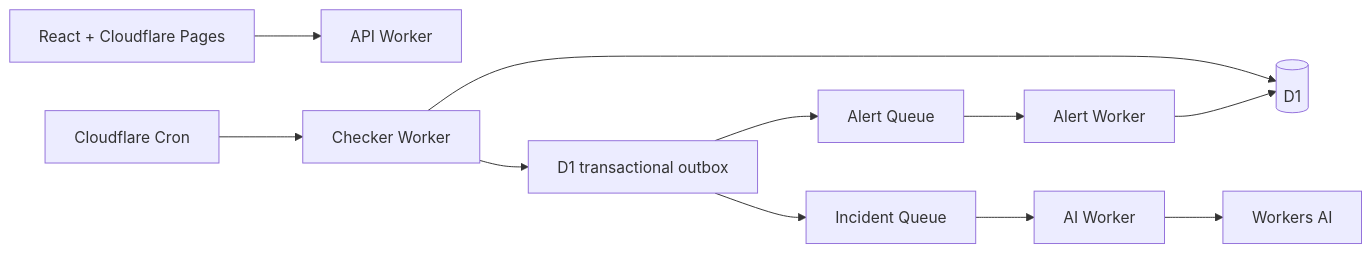
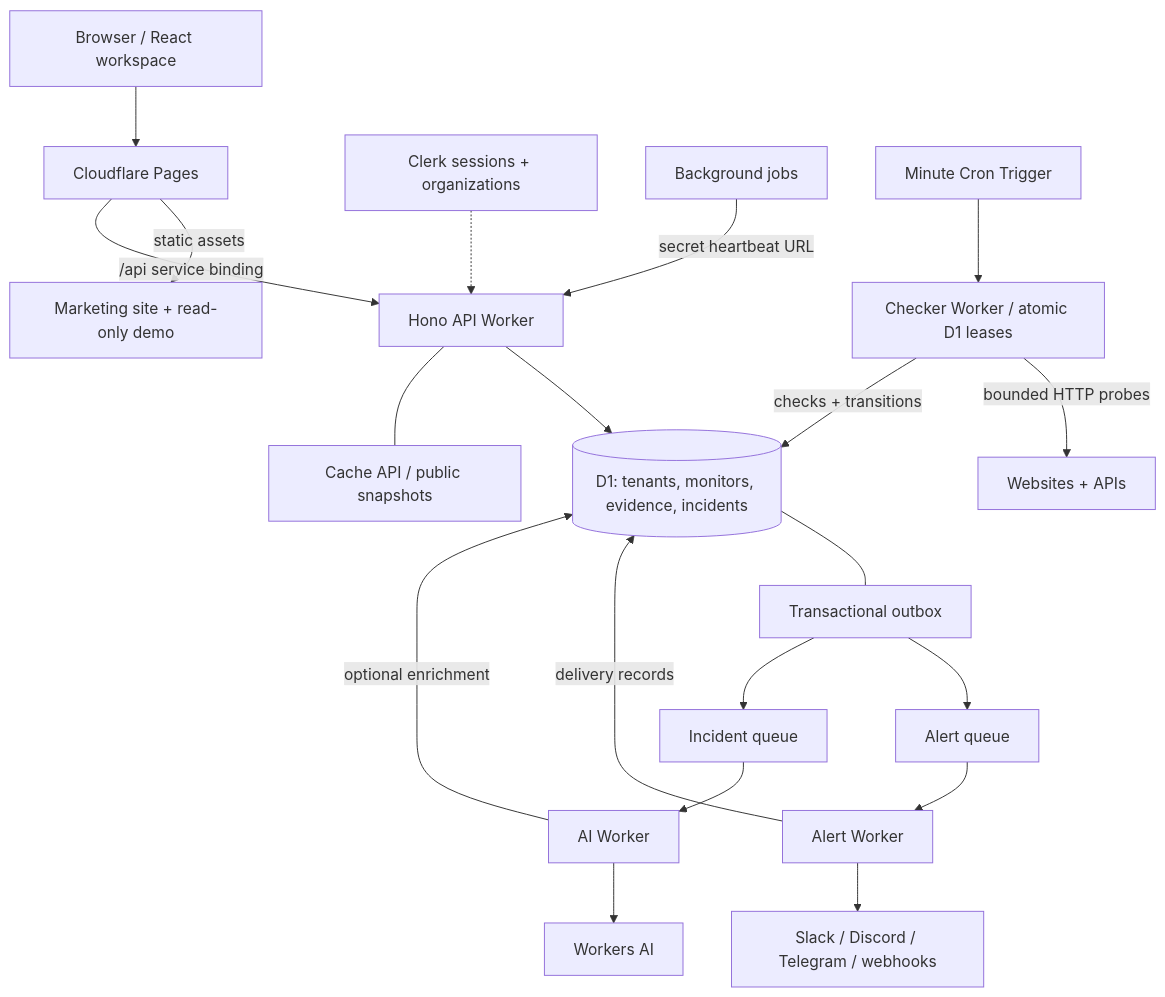
One commit to DebadityaHait/pulseflare changed the diagram in README.md. Above: the diagram before and after it, drawn with Mermaid. The commit also changed other lines of this file and 10 other files, not shown here.

Commit message:
Showcase Pulseflare with live screenshots and Cloudflare architecture documentation

````diff
--- a/README.md
+++ b/README.md
@@ -52,13 +37,22 @@
 ```mermaid
-flowchart LR
-  Pages[React + Cloudflare Pages] --> API[API Worker]
-  Cron[Cloudflare Cron] --> Checker[Checker Worker]
-  Checker --> D1[(D1)]
-  Checker --> Outbox[D1 transactional outbox]
-  Outbox --> IQ[Incident Queue]
-  Outbox --> AQ[Alert Queue]
-  IQ --> AI[AI Worker]
-  AI --> WAI[Workers AI]
-  AQ --> Alert[Alert Worker]
-  Alert --> D1
+flowchart TB
+  Browser["Browser / React workspace"] --> Pages["Cloudflare Pages"]
+  Pages -->|"static assets"| Static["Marketing site + read-only demo"]
+  Pages -->|"/api service binding"| API["Hono API Worker"]
+  Clerk["Clerk sessions + organizations"] -.-> API
+  Jobs["Background jobs"] -->|"secret heartbeat URL"| API
+  API --> D1[("D1: tenants, monitors, evidence, incidents")]
+  Cron["Minute Cron Trigger"] --> Checker["Checker Worker / atomic D1 leases"]
+  Checker -->|"bounded HTTP probes"| Endpoints["Websites + APIs"]
+  Checker -->|"checks + transitions"| D1
+  D1 --- Outbox["Transactional outbox"]
+  Outbox --> AQ["Alert queue"]
+  Outbox --> IQ["Incident queue"]
+  AQ --> Alert["Alert Worker"]
+  Alert --> Providers["Slack / Discord / Telegram / webhooks"]
+  IQ --> AI["AI Worker"]
+  AI --> WAI["Workers AI"]
+  AI -->|"optional enrichment"| D1
+  Alert -->|"delivery records"| D1
+  API --- Cache["Cache API / public snapshots"]
 ```
````
